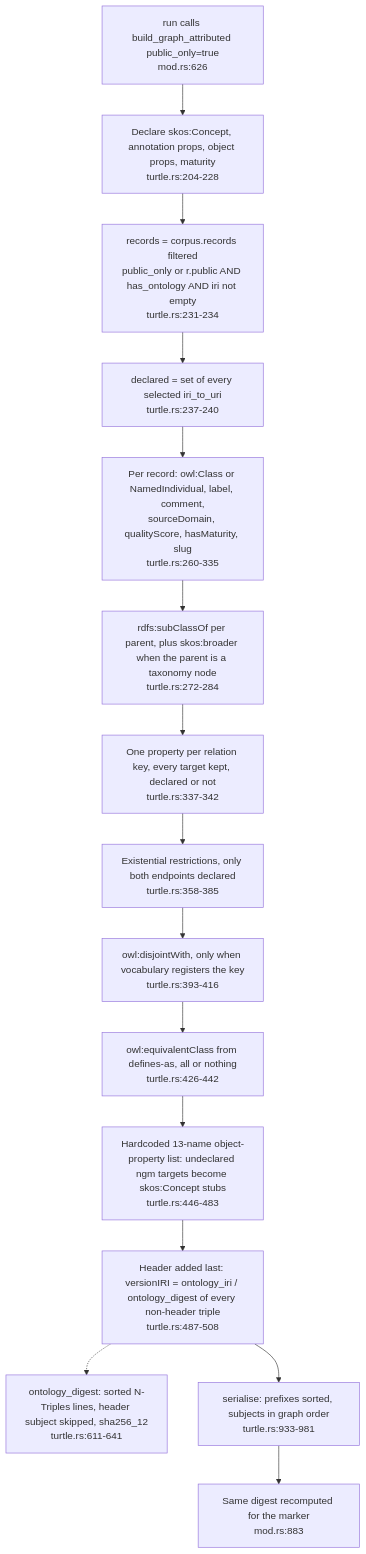
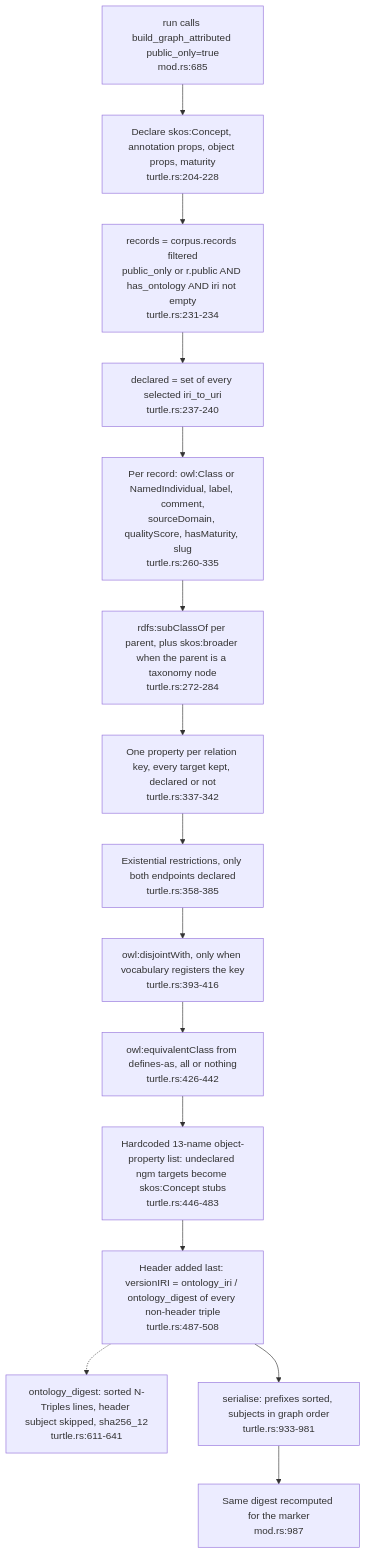
Before and after one commit to DreamLab-AI/VisionFlow: the second of 7 diagrams in docs/diagrams/ontomark/04-emitters-turtle-indexes-tiers-and-contract-c3.md, drawn with Mermaid. The commit also changed other lines of this file and 160 other files, not shown here.

````diff
--- a/docs/diagrams/ontomark/04-emitters-turtle-indexes-tiers-and-contract-c3.md
+++ b/docs/diagrams/ontomark/04-emitters-turtle-indexes-tiers-and-contract-c3.md
@@ -72,21 +80,21 @@
 ```mermaid
 flowchart TD
-    CALL["run calls build_graph_attributed public_only=true<br/>mod.rs:626"]
+    CALL["run calls build_graph_attributed public_only=true<br/>mod.rs:685"]
     DECL["Declare skos:Concept, annotation props, object props, maturity<br/>turtle.rs:204-228"]
     SEL["records = corpus.records filtered<br/>public_only or r.public AND has_ontology AND iri not empty<br/>turtle.rs:231-234"]
     DECLSET["declared = set of every selected iri_to_uri<br/>turtle.rs:237-240"]
     CLS["Per record: owl:Class or NamedIndividual, label, comment,<br/>sourceDomain, qualityScore, hasMaturity, slug<br/>turtle.rs:260-335"]
     SUBC["rdfs:subClassOf per parent, plus skos:broader when the parent is a taxonomy node<br/>turtle.rs:272-284"]
     REL["One property per relation key, every target kept, declared or not<br/>turtle.rs:337-342"]
     RESTR["Existential restrictions, only both endpoints declared<br/>turtle.rs:358-385"]
     DISJ["owl:disjointWith, only when vocabulary registers the key<br/>turtle.rs:393-416"]
     DEFS["owl:equivalentClass from defines-as, all or nothing<br/>turtle.rs:426-442"]
     STUB["Hardcoded 13-name object-property list: undeclared ngm targets become skos:Concept stubs<br/>turtle.rs:446-483"]
     HDR["Header added last: versionIRI = ontology_iri / ontology_digest of every non-header triple<br/>turtle.rs:487-508"]
     DIG["ontology_digest: sorted N-Triples lines, header subject skipped, sha256_12<br/>turtle.rs:611-641"]
     SER["serialise: prefixes sorted, subjects in graph order<br/>turtle.rs:933-981"]
-    GENM["Same digest recomputed for the marker<br/>mod.rs:883"]
+    GENM["Same digest recomputed for the marker<br/>mod.rs:987"]
     CALL --> DECL --> SEL --> DECLSET --> CLS --> SUBC --> REL --> RESTR --> DISJ --> DEFS --> STUB --> HDR --> SER
     HDR -.-> DIG
     SER --> GENM
 ```
````
